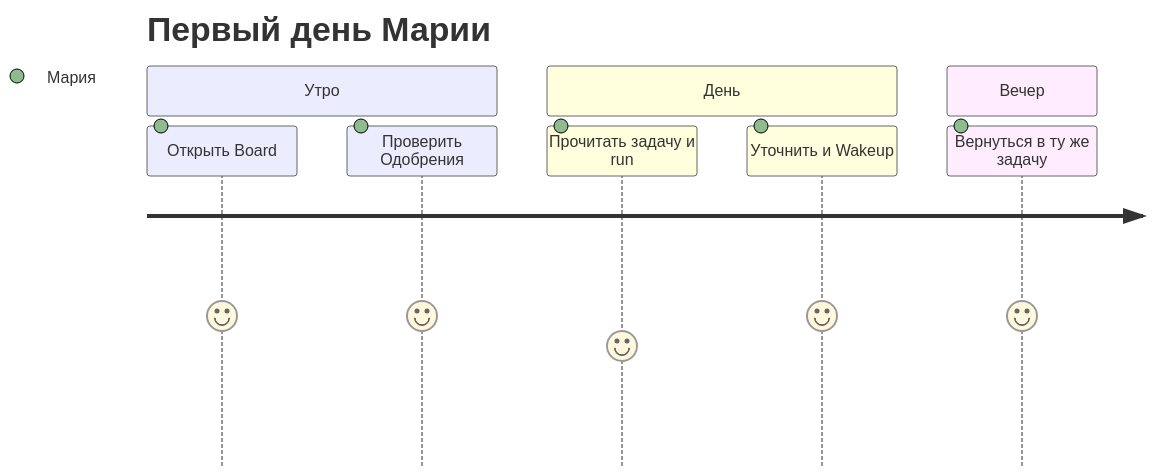
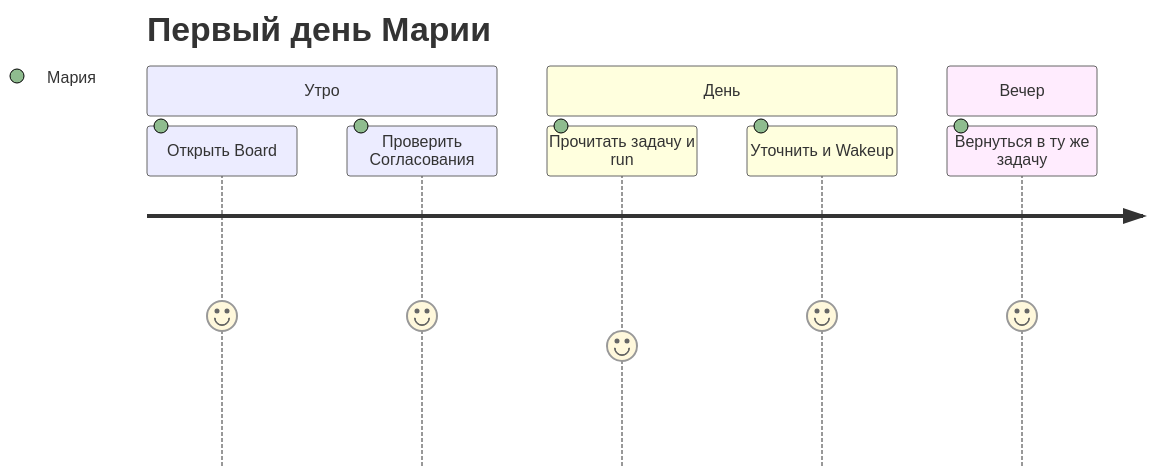
The diagram in docs/guides/01-first-day.mdx (Dmitriion/datagent-docs), drawn with Mermaid before and after one commit. The commit also changed other lines of this file and 9 other files, not shown here.

````diff
--- a/docs/guides/01-first-day.mdx
+++ b/docs/guides/01-first-day.mdx
@@ -76,12 +81,12 @@
 ```mermaid
 journey
   title Первый день Марии
   section Утро
     Открыть Board: 5: Мария
-    Проверить Одобрения: 5: Мария
+    Проверить Согласования: 5: Мария
   section День
     Прочитать задачу и run: 4: Мария
     Уточнить и Wakeup: 5: Мария
   section Вечер
     Вернуться в ту же задачу: 5: Мария
 ```
````
